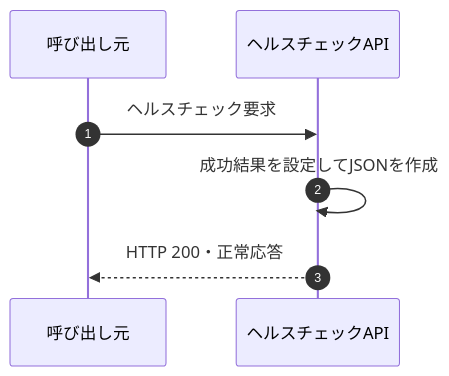
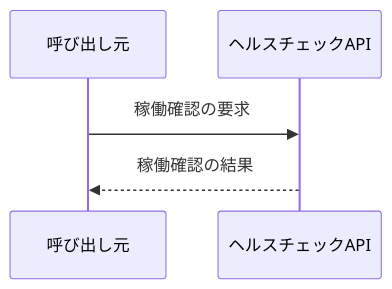
Before and after one commit to kohei-okazaki/work-3g: the first of 2 diagrams in ha-docs/design/02_api/設計書_2.0.ヘルスチェックAPI.md, drawn with Mermaid. The commit also changed other lines of this file and 67 other files, not shown here.

````diff
--- a/ha-docs/design/02_api/設計書_2.0.ヘルスチェックAPI.md
+++ b/ha-docs/design/02_api/設計書_2.0.ヘルスチェックAPI.md
@@ -76,9 +11,7 @@
 ```mermaid
 sequenceDiagram
-    autonumber
     participant C as 呼び出し元
     participant A as ヘルスチェックAPI
-    C->>A: ヘルスチェック要求
-    A->>A: 成功結果を設定してJSONを作成
-    A-->>C: HTTP 200・正常応答
+    C->>A: 稼働確認の要求
+    A-->>C: 稼働確認の結果
 ```
````
